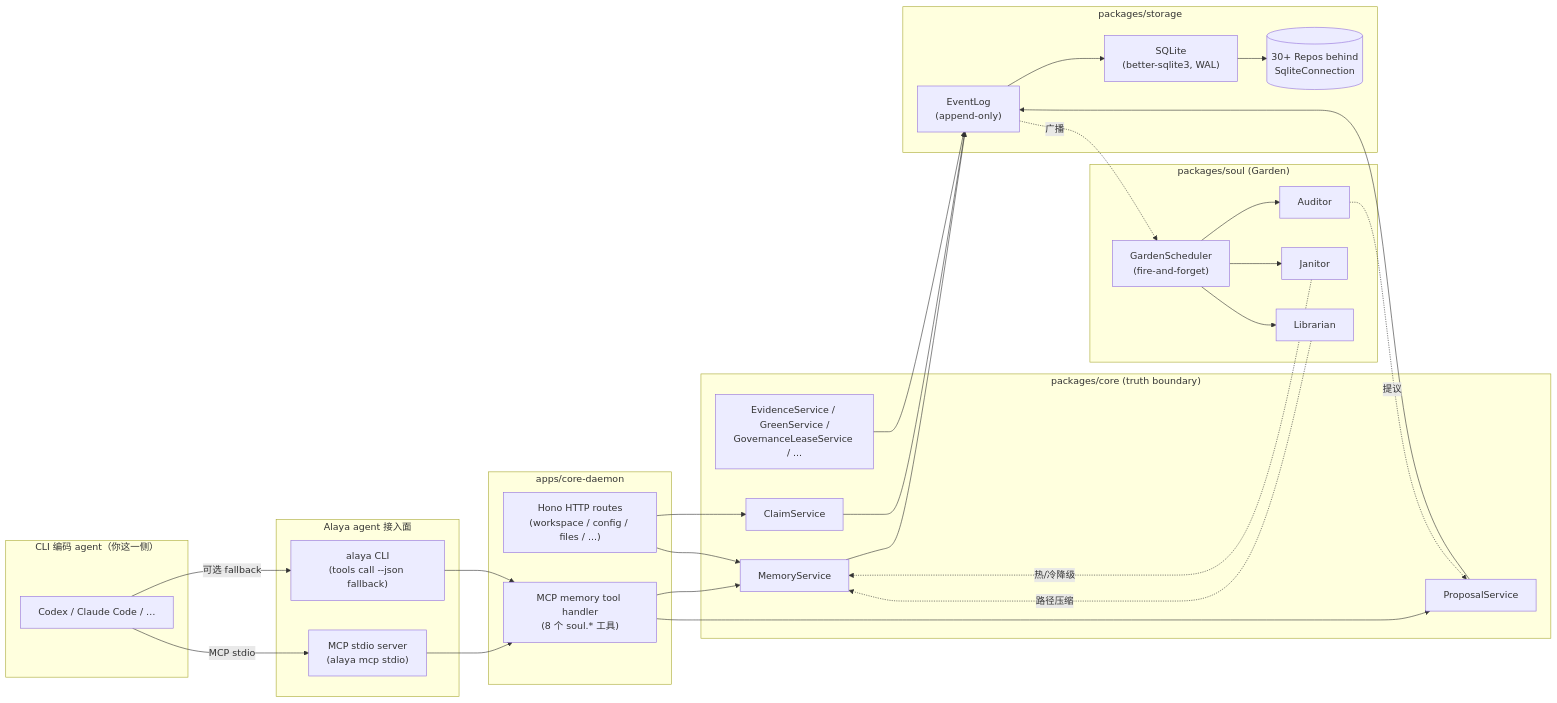
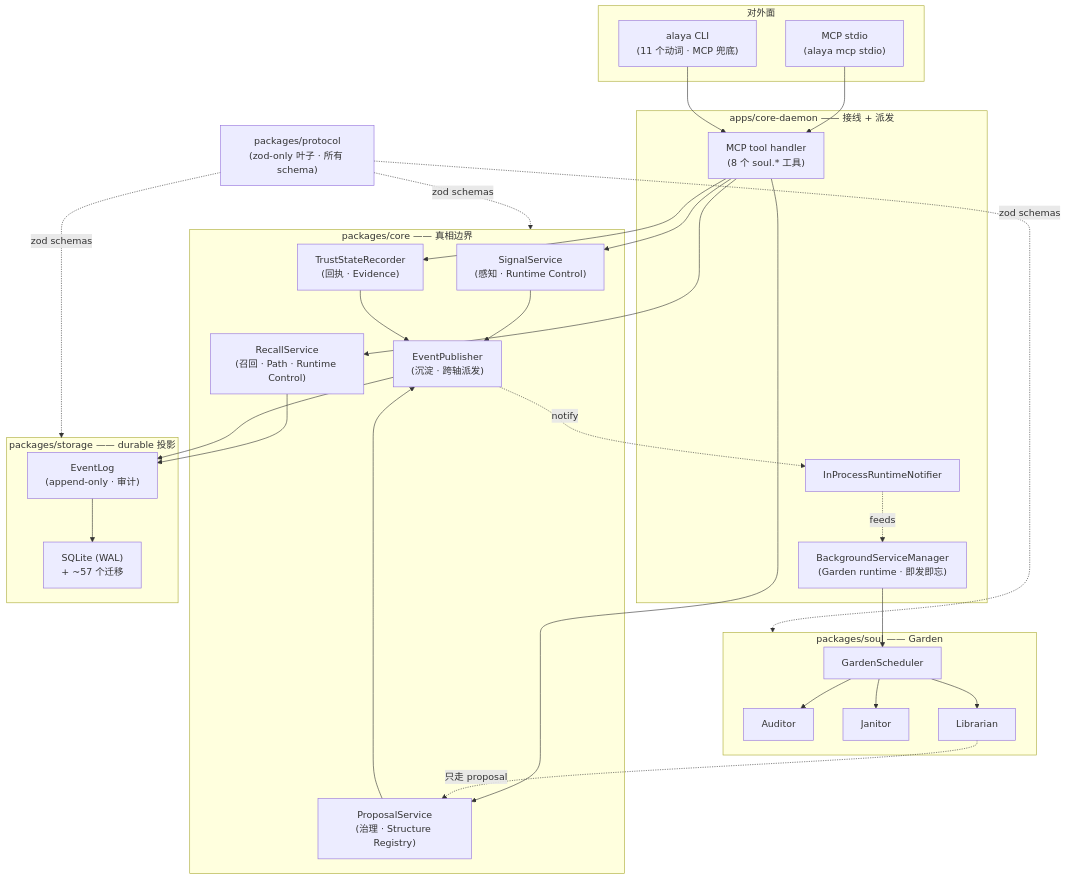
One commit to tdwhere123/Do-SOUL-Alaya changed the second of 2 diagrams in README.zh-CN.md. Above: the diagram before and after it, drawn with Mermaid. The commit also changed other lines of this file and 1 other file, not shown here.

First line of the commit message:
docs(readme): rewrite around 6-phase memory lifecycle and 3-layer × 4-axis grammar

````diff
--- a/README.zh-CN.md
+++ b/README.zh-CN.md
@@ -187,56 +277,57 @@
 ```mermaid
-flowchart LR
-    subgraph Agent["CLI 编码 agent（你这一侧）"]
-        AGT[Codex / Claude Code / …]
+graph TD
+    subgraph Surfaces["对外面"]
+        MCPS["MCP stdio<br/>(alaya mcp stdio)"]
+        CLIS["alaya CLI<br/>(11 个动词 · MCP 兜底)"]
     end
 
-    subgraph AlayaSurface["Alaya agent 接入面"]
-        MCP["MCP stdio server<br/>(alaya mcp stdio)"]
-        CLI["alaya CLI<br/>(tools call --json fallback)"]
+    subgraph Daemon["apps/core-daemon —— 接线 + 派发"]
+        TH["MCP tool handler<br/>(8 个 soul.* 工具)"]
+        BG["BackgroundServiceManager<br/>(Garden runtime · 即发即忘)"]
+        NOTI["InProcessRuntimeNotifier"]
     end
 
-    subgraph Daemon["apps/core-daemon"]
-        ROUTES["Hono HTTP routes<br/>(workspace / config / files / ...)"]
-        TOOLHANDLER["MCP memory tool handler<br/>(8 个 soul.* 工具)"]
+    subgraph Core["packages/core —— 真相边界"]
+        SS["SignalService<br/>(感知 · Runtime Control)"]
+        PROP["ProposalService<br/>(治理 · Structure Registry)"]
+        EP["EventPublisher<br/>(沉淀 · 跨轴派发)"]
+        REC["RecallService<br/>(召回 · Path · Runtime Control)"]
+        TR["TrustStateRecorder<br/>(回执 · Evidence)"]
     end
 
-    subgraph Core["packages/core (truth boundary)"]
-        MS["MemoryService"]
-        PS["ProposalService"]
-        CS["ClaimService"]
-        ES["EvidenceService / GreenService /<br/>GovernanceLeaseService / ..."]
-    end
-
-    subgraph Storage["packages/storage"]
-        EL["EventLog<br/>(append-only)"]
-        DB["SQLite<br/>(better-sqlite3, WAL)"]
-        REPOS[("30+ Repos behind<br/>SqliteConnection")]
-    end
-
-    subgraph Soul["packages/soul (Garden)"]
+    subgraph Soul["packages/soul —— Garden"]
         AUD["Auditor"]
         JAN["Janitor"]
         LIB["Librarian"]
-        SCH["GardenScheduler<br/>(fire-and-forget)"]
+        SCH["GardenScheduler"]
     end
 
-    AGT -->|MCP stdio| MCP
-    AGT -->|可选 fallback| CLI
-    MCP --> TOOLHANDLER
-    CLI --> TOOLHANDLER
-    TOOLHANDLER --> MS
-    TOOLHANDLER --> PS
-    ROUTES --> MS
-    ROUTES --> CS
-    MS --> EL
-    PS --> EL
-    CS --> EL
-    ES --> EL
+    subgraph StorageBox["packages/storage —— durable 投影"]
+        EL["EventLog<br/>(append-only · 审计)"]
+        DB["SQLite (WAL)<br/>+ ~57 个迁移"]
+    end
+
+    PROTO["packages/protocol<br/>(zod-only 叶子 · 所有 schema)"]
+
+    MCPS --> TH
+    CLIS --> TH
+    TH --> SS
+    TH --> PROP
+    TH --> REC
+    TH --> TR
+    SS --> EP
+    PROP --> EP
+    REC --> EL
+    TR --> EP
+    EP --> EL
     EL --> DB
-    DB --> REPOS
-    EL -.广播.-> SCH
+    EP -.notify.-> NOTI
+    NOTI -.feeds.-> BG
+    BG --> SCH
     SCH --> AUD & JAN & LIB
-    AUD -.提议.-> PS
-    JAN -.热/冷降级.-> MS
-    LIB -.路径压缩.-> MS
+    LIB -.只走 proposal.-> PROP
+
+    PROTO -. zod schemas .-> Core
+    PROTO -. zod schemas .-> Soul
+    PROTO -. zod schemas .-> StorageBox
 ```
````
